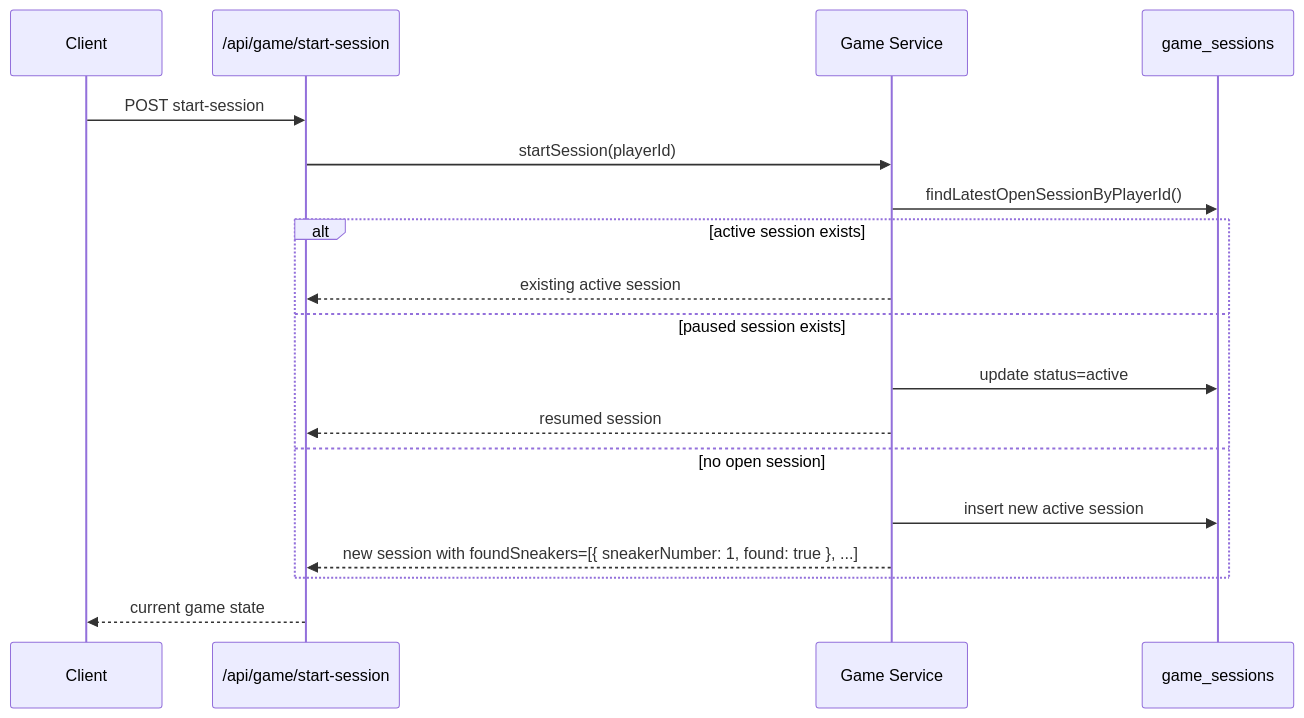
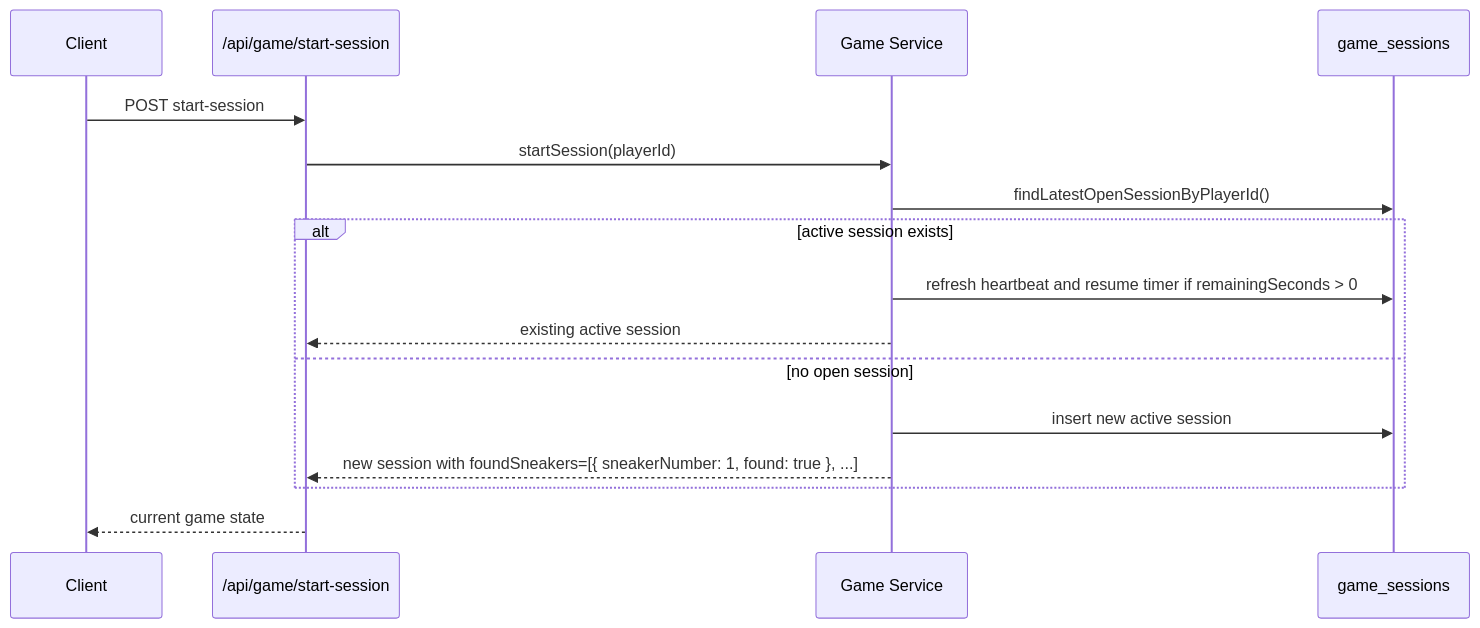
One commit to viscosha1575/lamoda-adidas changed the fourth of 7 diagrams in docs/sequences.md. Above: the diagram before and after it, drawn with Mermaid. The commit also changed other lines of this file and 16 other files, not shown here.

Commit message:
Simplify game session API and add raffle code ID

````diff
--- a/docs/sequences.md
+++ b/docs/sequences.md
@@ -58,21 +55,19 @@
 ```mermaid
 sequenceDiagram
     participant Client
     participant API as /api/game/start-session
     participant Game as Game Service
     participant DB as game_sessions
 
     Client->>API: POST start-session
     API->>Game: startSession(playerId)
     Game->>DB: findLatestOpenSessionByPlayerId()
     alt active session exists
+        Game->>DB: refresh heartbeat and resume timer if remainingSeconds > 0
         Game-->>API: existing active session
-    else paused session exists
-        Game->>DB: update status=active
-        Game-->>API: resumed session
     else no open session
         Game->>DB: insert new active session
         Game-->>API: new session with foundSneakers=[{ sneakerNumber: 1, found: true }, ...]
     end
     API-->>Client: current game state
 ```
````
